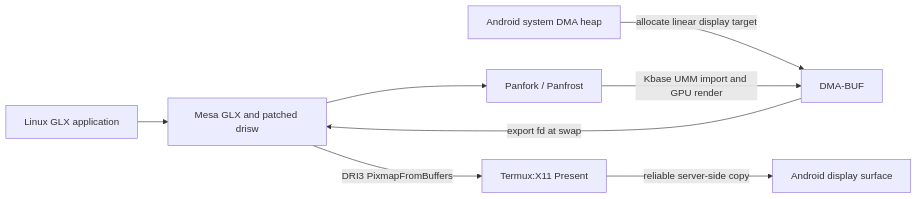
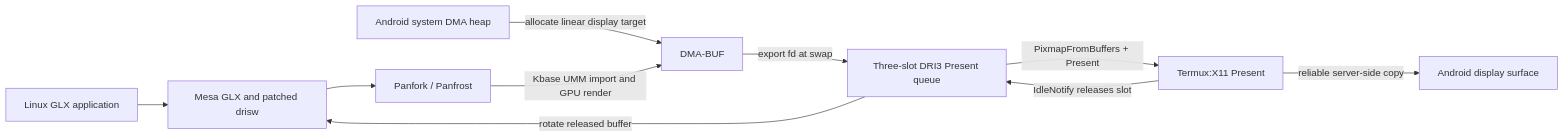
One commit to RandomCoderOrg/mesa-gfxstream changed the diagram in tensor-g1/README.md. Above: the diagram before and after it, drawn with Mermaid. The commit also changed other lines of this file and 7 other files, not shown here.

````diff
--- a/tensor-g1/README.md
+++ b/tensor-g1/README.md
@@ -42,10 +44,12 @@
 ```mermaid
 flowchart LR
     APP["Linux GLX application"] --> GLX["Mesa GLX and patched drisw"]
     HEAP["Android system DMA heap"] -->|"allocate linear display target"| BUF["DMA-BUF"]
     GLX --> PAN["Panfork / Panfrost"]
     PAN -->|"Kbase UMM import and GPU render"| BUF
-    BUF -->|"export fd at swap"| GLX
-    GLX -->|"DRI3 PixmapFromBuffers"| X11["Termux:X11 Present"]
+    BUF -->|"export fd at swap"| QUEUE["Three-slot DRI3 Present queue"]
+    QUEUE -->|"PixmapFromBuffers + Present"| X11["Termux:X11 Present"]
+    X11 -->|"IdleNotify releases slot"| QUEUE
+    QUEUE -->|"rotate released buffer"| GLX
     X11 -->|"reliable server-side copy"| SURFACE["Android display surface"]
 ```
````
